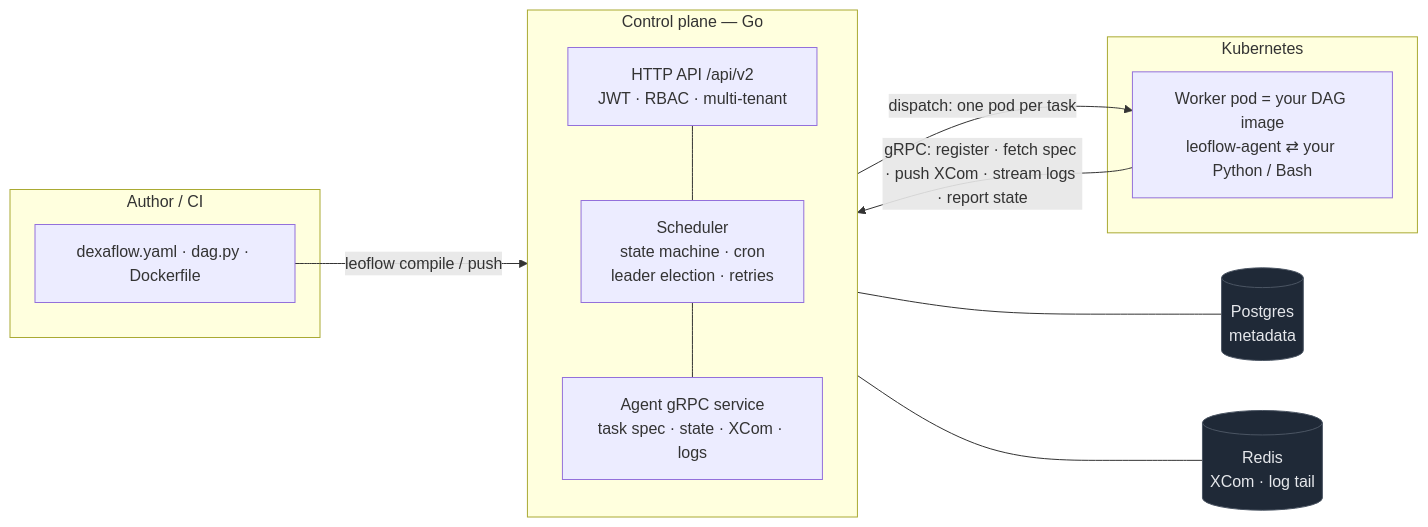
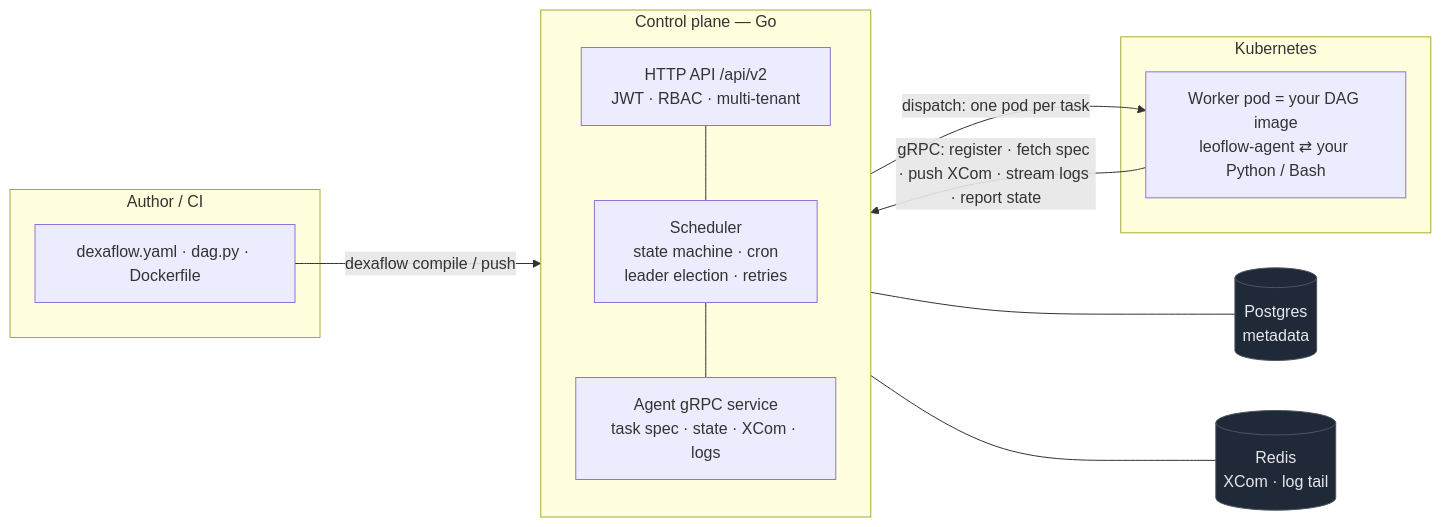
Before and after one commit to dexadata/dexaflow: the diagram in README.md, drawn with Mermaid. The commit also changed other lines of this file and 277 other files, not shown here.

Commit message:
docs: Dexaflow in the docs and README, with the name history and the leoflow compatibility note

````diff
--- a/README.md
+++ b/README.md
@@ -238,27 +242,27 @@
 ```mermaid
 flowchart LR
     subgraph dev["Author / CI"]
         src["dexaflow.yaml · dag.py · Dockerfile"]
     end
 
     subgraph cp["Control plane — Go"]
         direction TB
         api["HTTP API /api/v2<br/>JWT · RBAC · multi-tenant"]
         sched["Scheduler<br/>state machine · cron<br/>leader election · retries"]
         asvc["Agent gRPC service<br/>task spec · state · XCom · logs"]
         api --- sched --- asvc
     end
 
-    src -->|"leoflow compile / push"| api
+    src -->|"dexaflow compile / push"| api
     sched --- pg[("Postgres<br/>metadata")]
     asvc --- redis[("Redis<br/>XCom · log tail")]
 
     sched -->|"dispatch: one pod per task"| pod
     subgraph k8s["Kubernetes"]
         pod["Worker pod = your DAG image<br/>leoflow-agent ⇄ your Python / Bash"]
     end
     pod -->|"gRPC: register · fetch spec · push XCom · stream logs · report state"| asvc
 
     classDef store fill:#1f2937,stroke:#4b5563,color:#e5e7eb;
     class pg,redis store;
 ```
````
